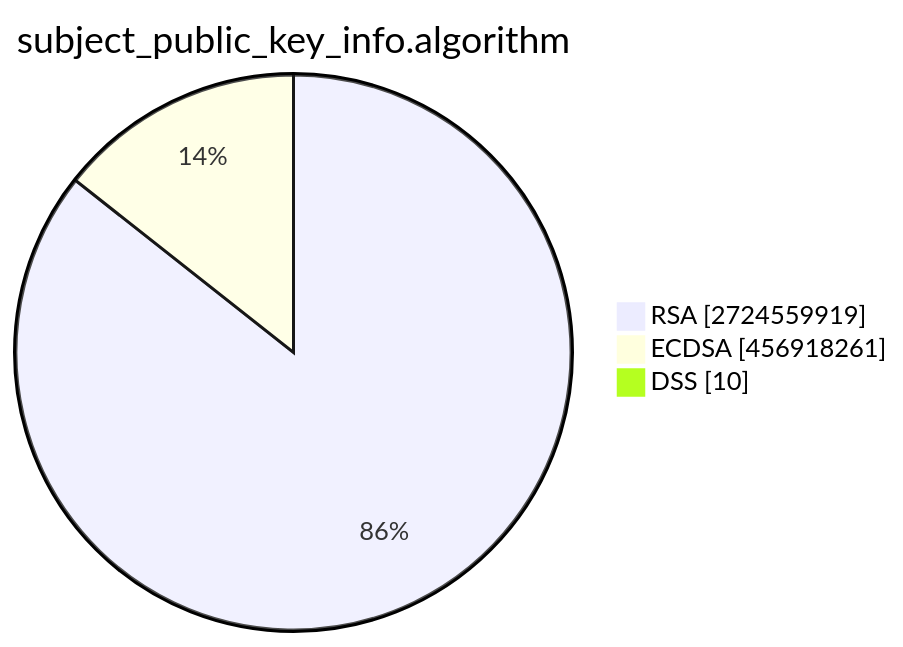
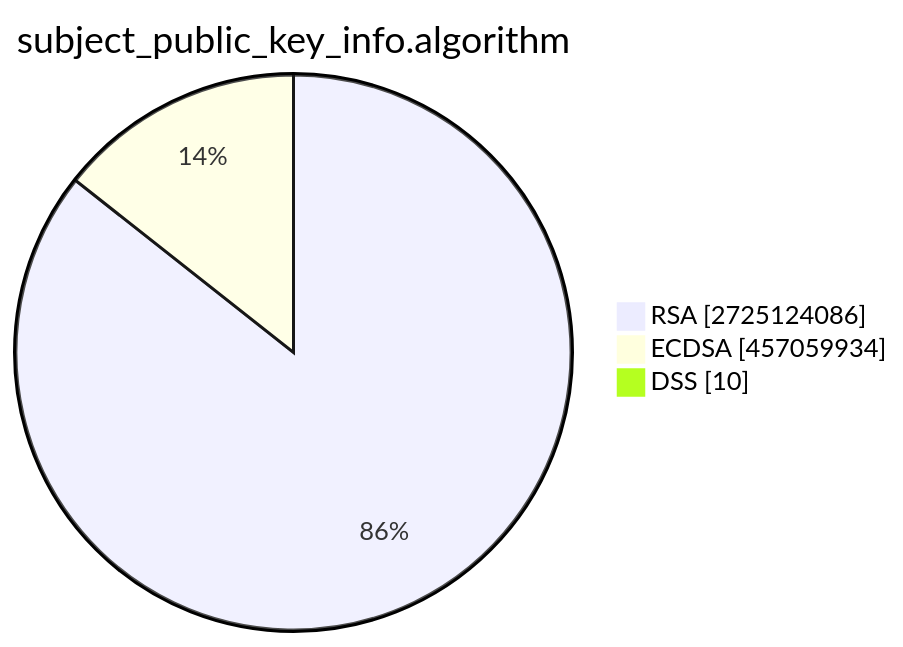
One commit to christiankrug/ctmonitor_visualization changed the second of 15 diagrams in TOTAL/README.md. Above: the diagram before and after it, drawn with Mermaid. The commit also changed other lines of this file, not shown here.

````diff
--- a/TOTAL/README.md
+++ b/TOTAL/README.md
@@ -6,7 +6,7 @@
 ```mermaid
 pie showData
 title subject_public_key_info.algorithm
-"RSA" :2724559919
-"ECDSA" :456918261
+"RSA" :2725124086
+"ECDSA" :457059934
 "DSS" :10
 ```
````
